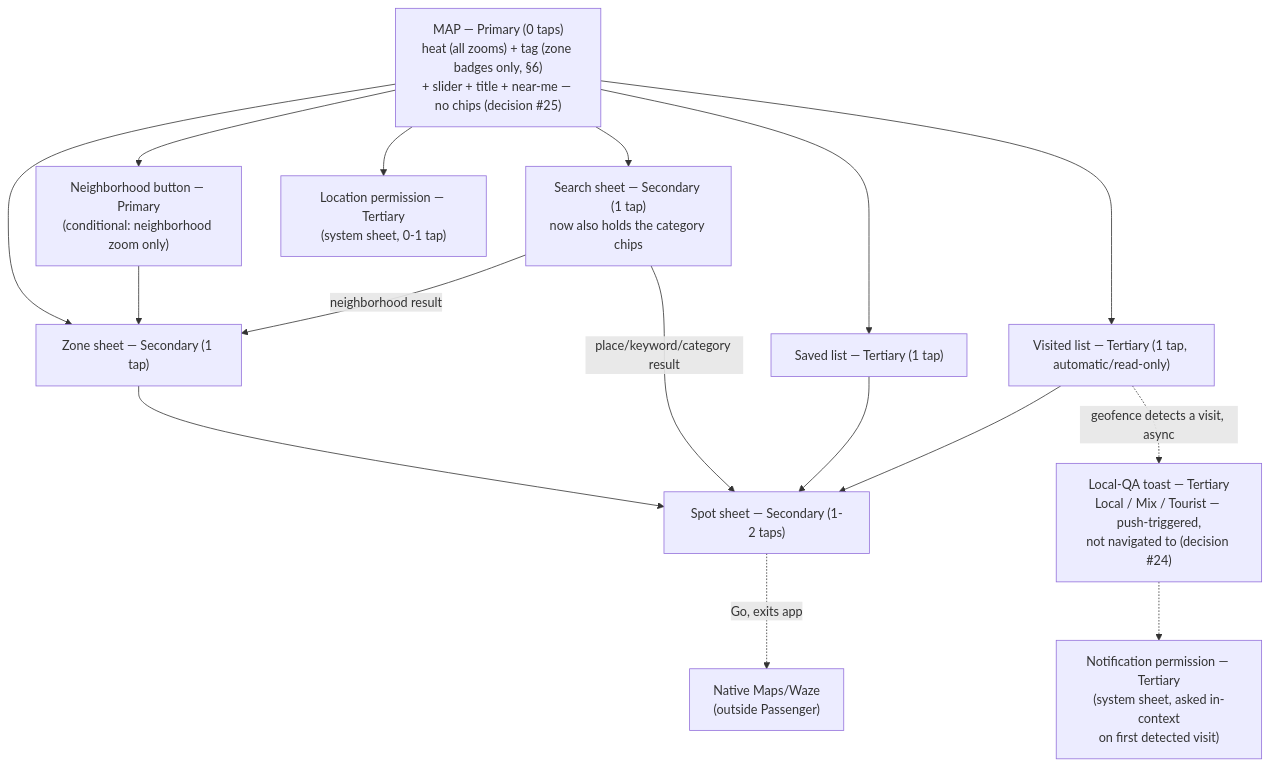
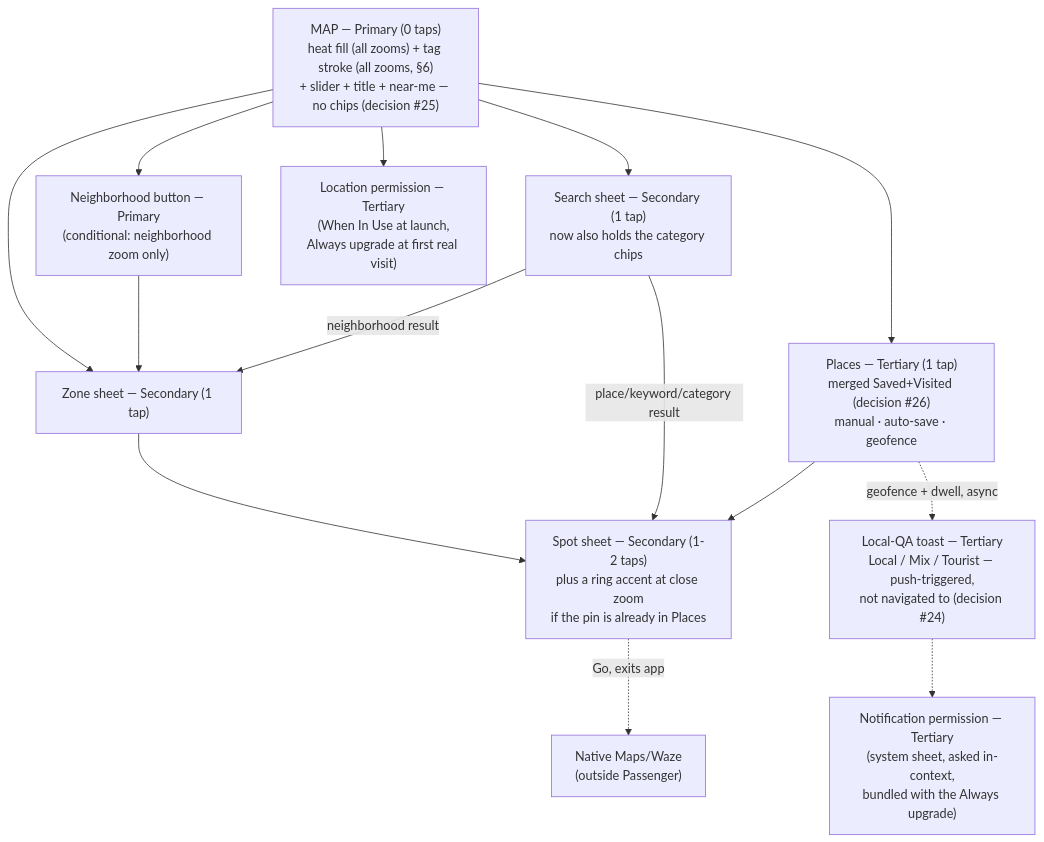
The fourth of 4 diagrams in design/ux-flows.md (AviranGrisaro/passenger-brain), drawn with Mermaid before and after one commit. The commit also changed other lines of this file and 3 other files, not shown here.

````diff
--- a/design/ux-flows.md
+++ b/design/ux-flows.md
@@ -263,19 +300,17 @@
 ```mermaid
 flowchart TD
-    Map["MAP — Primary (0 taps)\nheat (all zooms) + tag (zone badges only, §6)<br/>+ slider + title + near-me — no chips (decision #25)"]
+    Map["MAP — Primary (0 taps)\nheat fill (all zooms) + tag stroke (all zooms, §6)<br/>+ slider + title + near-me — no chips (decision #25)"]
     Map --> Zone["Zone sheet — Secondary (1 tap)"]
     Map --> Neigh["Neighborhood button — Primary\n(conditional: neighborhood zoom only)"]
     Neigh --> Zone
-    Zone --> Spot["Spot sheet — Secondary (1-2 taps)"]
+    Zone --> Spot["Spot sheet — Secondary (1-2 taps)\nplus a ring accent at close zoom<br/>if the pin is already in Places"]
     Spot -.Go, exits app.-> Handoff["Native Maps/Waze\n(outside Passenger)"]
     Map --> Search["Search sheet — Secondary (1 tap)\nnow also holds the category chips"]
     Search -->|place/keyword/category result| Spot
     Search -->|neighborhood result| Zone
-    Map --> Saved["Saved list — Tertiary (1 tap)"]
-    Map --> Visited["Visited list — Tertiary (1 tap, automatic/read-only)"]
-    Saved --> Spot
-    Visited --> Spot
-    Visited -.geofence detects a visit, async.-> QA["Local-QA toast — Tertiary\nLocal / Mix / Tourist — push-triggered,<br/>not navigated to (decision #24)"]
-    Map --> Perm["Location permission — Tertiary\n(system sheet, 0-1 tap)"]
-    QA -.-> NotifPerm["Notification permission — Tertiary\n(system sheet, asked in-context\non first detected visit)"]
+    Map --> Places["Places — Tertiary (1 tap)\nmerged Saved+Visited (decision #26)<br/>manual · auto-save · geofence"]
+    Places --> Spot
+    Places -.geofence + dwell, async.-> QA["Local-QA toast — Tertiary\nLocal / Mix / Tourist — push-triggered,<br/>not navigated to (decision #24)"]
+    Map --> Perm["Location permission — Tertiary\n(When In Use at launch,<br/>Always upgrade at first real visit)"]
+    QA -.-> NotifPerm["Notification permission — Tertiary\n(system sheet, asked in-context,<br/>bundled with the Always upgrade)"]
 ```
````
